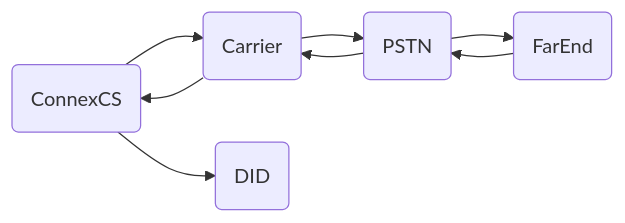
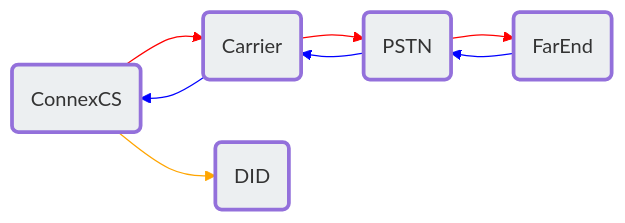
Before and after one commit to connexcs/docs: the diagram in docs/circuit-test.md, drawn with Mermaid.

Commit message:
Update circuit-test.md
adding formatting to fixed flow

````diff
--- a/docs/circuit-test.md
+++ b/docs/circuit-test.md
@@ -7,11 +7,22 @@
 ```mermaid
 graph LR
 A[ConnexCS] --> B(Carrier) 
 B --> C(PSTN) 
 C --> D(FarEnd) 
 D --> C(PSTN) 
 C --> B(Carrier) 
 B --> A(ConnexCS) 
 A --> E(DID)
-
+style A fill:#ECEFF1,stroke:#red,stroke-width:3px
+style B fill:#ECEFF1,stroke:#red,stroke-width:3px
+style C fill:#ECEFF1,stroke:#red,stroke-width:3px
+style D fill:#ECEFF1,stroke:#red,stroke-width:3px
+style E fill:#ECEFF1,stroke:#red,stroke-width:3px
+linkStyle 0 stroke:red
+linkStyle 1 stroke:red
+linkStyle 2 stroke:red
+linkStyle 3 stroke:blue
+linkStyle 4 stroke:blue
+linkStyle 5 stroke:blue
+linkStyle 6 stroke:orange
 ```
````
